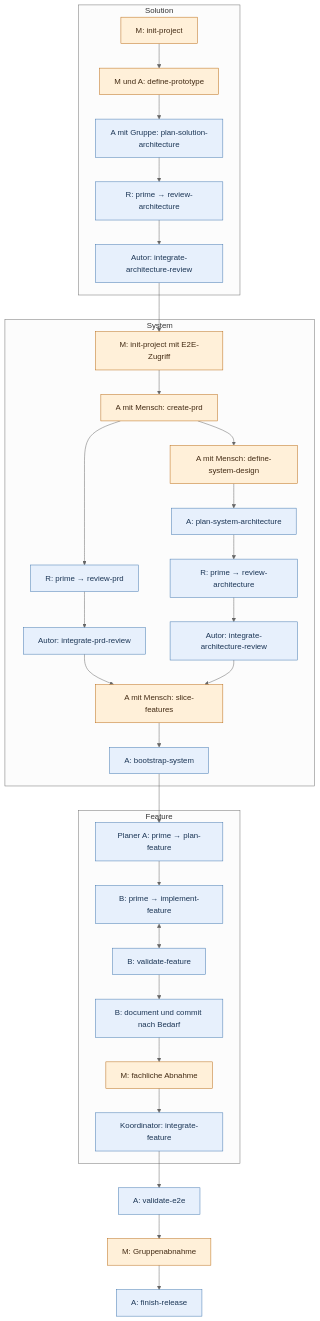
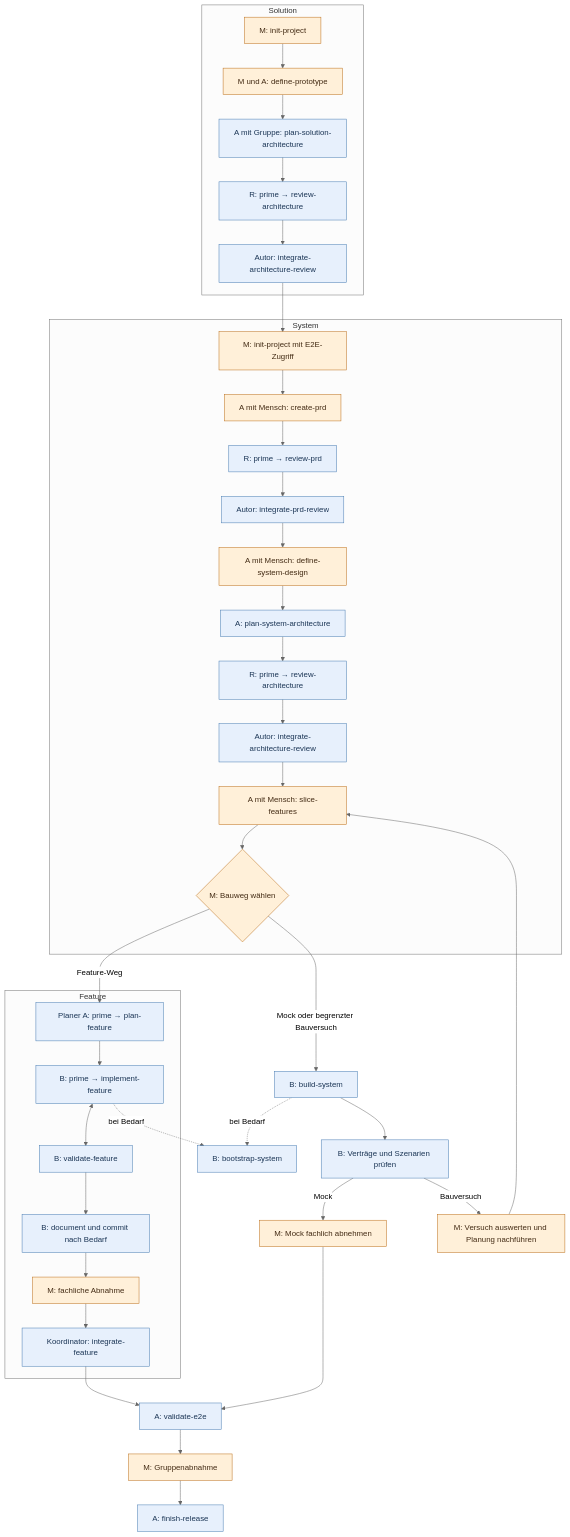
Before and after one commit to scepbjoern/cas-prdig-starter-kit-system: the fifth of 5 diagrams in docs/course/DIAGRAMS.md, drawn with Mermaid (neutral theme). The commit also changed other lines of this file and 39 other files, not shown here.

Commit message:
Publish preview.6: system build workflow, planning guidance and tested web profile

```diff
--- a/docs/course/DIAGRAMS.md
+++ b/docs/course/DIAGRAMS.md
@@ -112,37 +118,44 @@
 ~~~mermaid
 flowchart TB
   subgraph SOL[Solution]
     EI[M: init-project] --> DP[M und A: define-prototype]
     DP --> PS[A mit Gruppe: plan-solution-architecture]
     PS --> RA[R: prime → review-architecture]
     RA --> IA[Autor: integrate-architecture-review]
   end
   subgraph SYS[System]
     SI[M: init-project mit E2E-Zugriff] --> CP[A mit Mensch: create-prd]
-    CP --> DD[A mit Mensch: define-system-design]
+    IP --> DD[A mit Mensch: define-system-design]
     DD --> PA[A: plan-system-architecture]
     CP --> RP[R: prime → review-prd]
     RP --> IP[Autor: integrate-prd-review]
     PA --> RS[R: prime → review-architecture]
     RS --> IS[Autor: integrate-architecture-review]
-    IP --> SL[A mit Mensch: slice-features]
-    IS --> SL
-    SL --> BS[A: bootstrap-system]
+    IS --> SL[A mit Mensch: slice-features]
+    SL --> W{M: Bauweg wählen}
   end
   subgraph FEA[Feature]
     FP[Planer A: prime → plan-feature] --> IM[B: prime → implement-feature]
     IM <--> VF[B: validate-feature]
     VF --> DC[B: document und commit nach Bedarf]
     DC --> HA[M: fachliche Abnahme]
     HA --> IF[Koordinator: integrate-feature]
   end
   IA --> SI
-  BS --> FP
+  W -->|Feature-Weg| FP
+  W -->|Mock oder begrenzter Bauversuch| MB[B: build-system]
+  MB -. bei Bedarf .-> BS[B: bootstrap-system]
+  IM -. bei Bedarf .-> BS
+  MB --> MT[B: Verträge und Szenarien prüfen]
+  MT -->|Mock| MH[M: Mock fachlich abnehmen]
+  MT -->|Bauversuch| EX[M: Versuch auswerten und Planung nachführen]
+  EX --> SL
+  MH --> VE
   IF --> VE[A: validate-e2e]
   VE --> GA[M: Gruppenabnahme]
   GA --> FR[A: finish-release]
   classDef human fill:#fff0d9,stroke:#ba6b15,color:#432b14
   classDef agent fill:#e7f0fc,stroke:#4378b0,color:#1b3555
-  class EI,DP,SI,CP,DD,SL,HA,GA human
-  class PS,RA,IA,PA,RP,IP,RS,IS,BS,FP,IM,VF,DC,IF,VE,FR agent
+  class EI,DP,SI,CP,DD,SL,HA,GA,MH,W,EX human
+  class PS,RA,IA,PA,RP,IP,RS,IS,BS,FP,IM,VF,DC,IF,VE,FR,MB,MT agent
 ~~~
```
